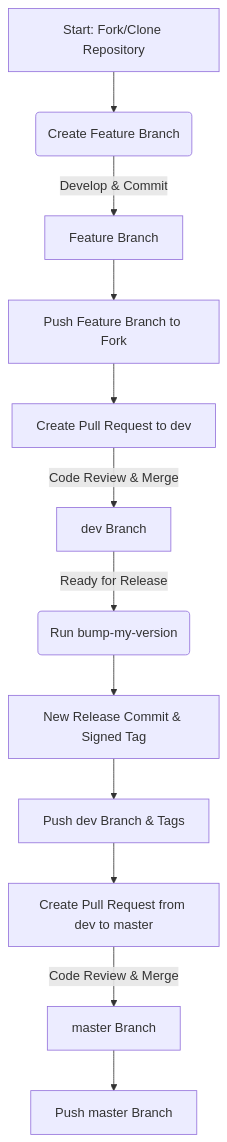
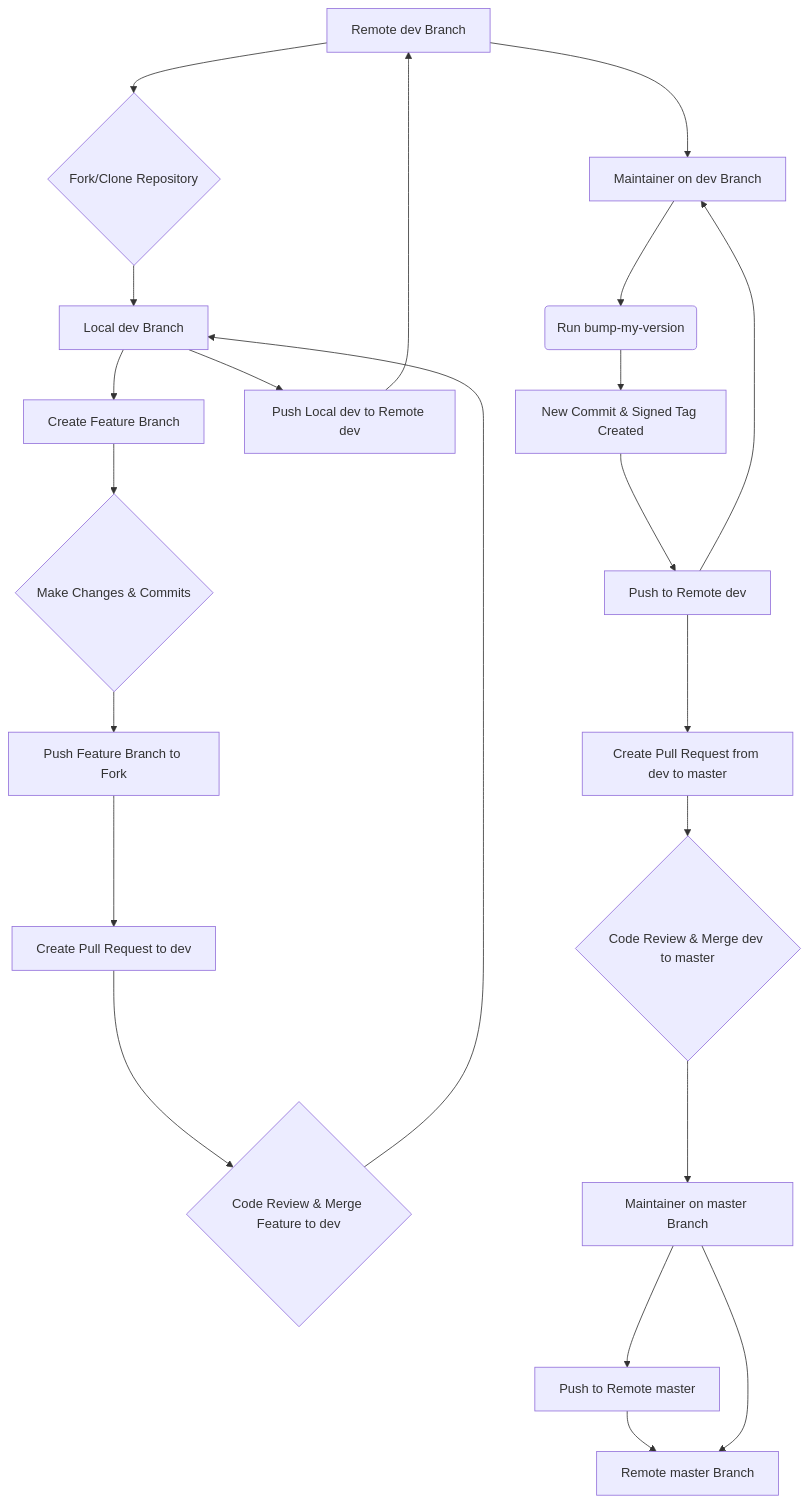
One commit to zv09/TelegramDialogsMirror changed the diagram in CONTRIBUTING.md. Above: the diagram before and after it, drawn with Mermaid. The commit also changed 1 other file, not shown here.

Commit message:
docs: Update and fix diagrams in documentation
- Updated the Mermaid diagram in CONTRIBUTING.md to accurately reflect the development workflow on the dev branch, including feature implementation and merging to master.
- Removed the problematic Development Workflow Diagram section from README.md to fix rendering issues.

````diff
--- a/CONTRIBUTING.md
+++ b/CONTRIBUTING.md
@@ -379,15 +379,26 @@
 ```mermaid
 graph TD
-    A[Start: Fork/Clone Repository] --> B(Create Feature Branch);
-    B -- Develop & Commit --> C[Feature Branch];
-    C --> D[Push Feature Branch to Fork];
-    D --> E[Create Pull Request to dev];
-    E -- Code Review & Merge --> F[dev Branch];
-
-    F -- Ready for Release --> G(Run bump-my-version);
-    G --> H[New Release Commit & Signed Tag];
-    H --> I[Push dev Branch & Tags];
-    I --> J[Create Pull Request from dev to master];
-    J -- Code Review & Merge --> K[master Branch];
-    K --> L[Push master Branch];
+    A[Remote dev Branch] --> B{Fork/Clone Repository};
+    B --> C[Local dev Branch];
+    C --> D[Create Feature Branch];
+    D --> E{Make Changes & Commits};
+    E --> F[Push Feature Branch to Fork];
+    F --> G[Create Pull Request to dev];
+    G --> H{Code Review & Merge Feature to dev};
+    H --> C
+    %% Merge feature branch into local dev
+    C --> I[Push Local dev to Remote dev];
+    I --> A;
+    A --> J[Maintainer on dev Branch];
+    J --> K(Run bump-my-version);
+    K --> L[New Commit & Signed Tag Created];
+    L --> M[Push to Remote dev];
+    M --> N[Create Pull Request from dev to master];
+    N --> O{Code Review & Merge dev to master};
+    O --> P[Maintainer on master Branch];
+    P --> Q[Push to Remote master];
+    Q --> R[Remote master Branch];
+    M --> J
+    %% Link back to dev branch for next cycle
+    P --> R
 ```
````
